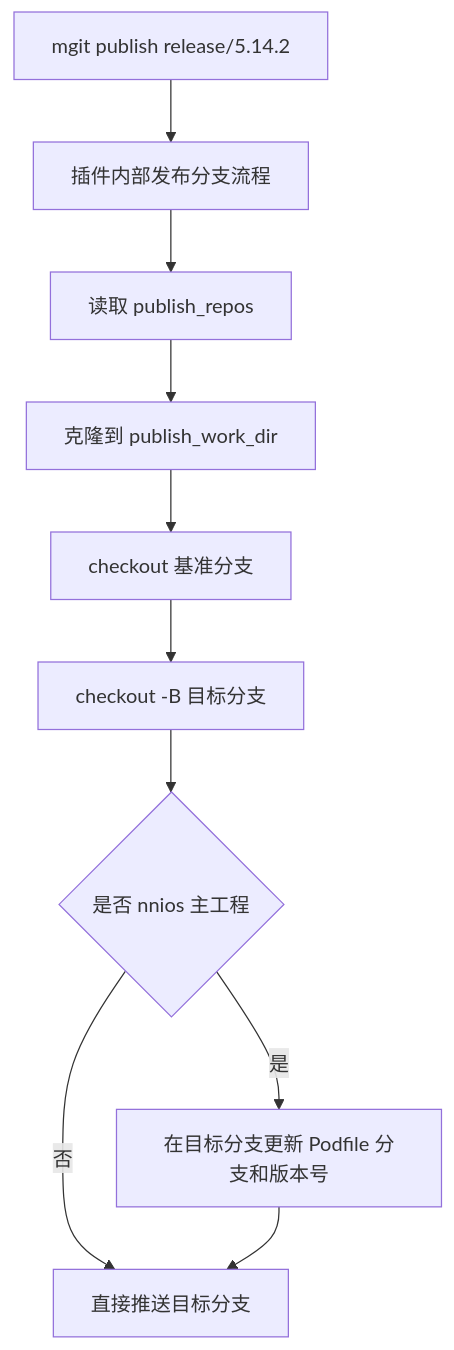
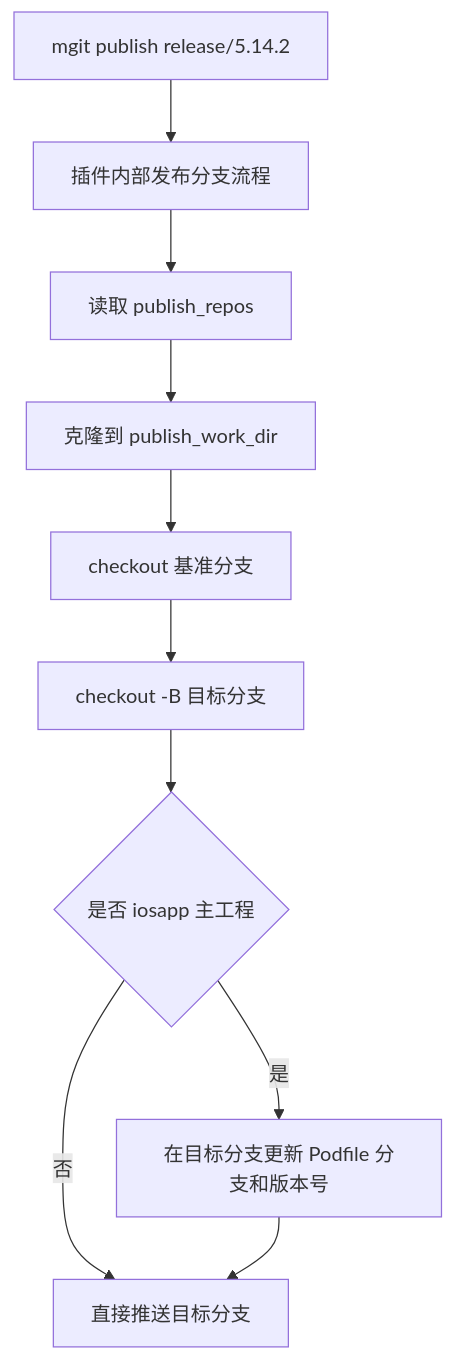
Before and after one commit to rentaogithub/mpod: the third of 3 diagrams in cocoapods-podx/ARCHITECTURE.md, drawn with Mermaid. The commit also changed other lines of this file and 22 other files, not shown here.

````diff
--- a/cocoapods-podx/ARCHITECTURE.md
+++ b/cocoapods-podx/ARCHITECTURE.md
@@ -324,12 +324,12 @@
 ```mermaid
 flowchart TD
   A["mgit publish release/5.14.2"] --> B["插件内部发布分支流程"]
   B --> C["读取 publish_repos"]
   C --> D["克隆到 publish_work_dir"]
   D --> E["checkout 基准分支"]
   E --> F["checkout -B 目标分支"]
-  F --> G{"是否 nnios 主工程"}
+  F --> G{"是否 iosapp 主工程"}
   G -- "是" --> H["在目标分支更新 Podfile 分支和版本号"]
   G -- "否" --> I["直接推送目标分支"]
   H --> I
 ```
````
